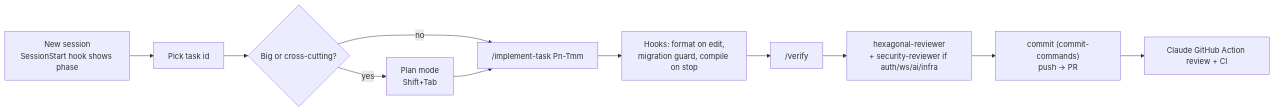
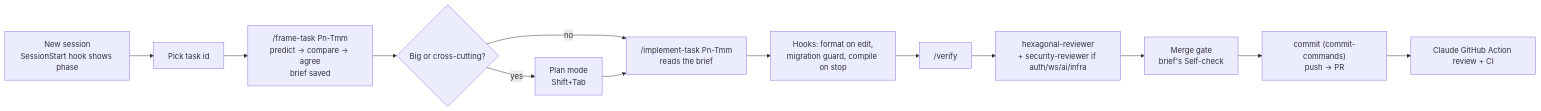
Before and after one commit to hinn1411/devcool-core: the diagram in docs/plans/claude-code/claude-code-guide.md, drawn with Mermaid. The commit also changed other lines of this file and 8 other files, not shown here.

First line of the commit message:
docs: add /frame-task skill and frame step to the task workflow (#95)

````diff
--- a/docs/plans/claude-code/claude-code-guide.md
+++ b/docs/plans/claude-code/claude-code-guide.md
@@ -196,13 +198,15 @@
 ```mermaid
 flowchart LR
   A[New session<br/>SessionStart hook shows phase] --> B[Pick task id]
-  B --> C{Big or cross-cutting?}
+  B --> FR["/frame-task Pn-Tmm<br/>predict → compare → agree<br/>brief saved"]
+  FR --> C{Big or cross-cutting?}
   C -->|yes| D[Plan mode<br/>Shift+Tab]
-  C -->|no| E["/implement-task Pn-Tmm"]
+  C -->|no| E["/implement-task Pn-Tmm<br/>reads the brief"]
   D --> E
   E --> F[Hooks: format on edit,<br/>migration guard, compile on stop]
   F --> G["/verify"]
   G --> H[hexagonal-reviewer<br/>+ security-reviewer if auth/ws/ai/infra]
-  H --> I["commit (commit-commands)<br/>push → PR"]
+  H --> M[Merge gate<br/>brief's Self-check]
+  M --> I["commit (commit-commands)<br/>push → PR"]
   I --> J[Claude GitHub Action review + CI]
 ```
````
